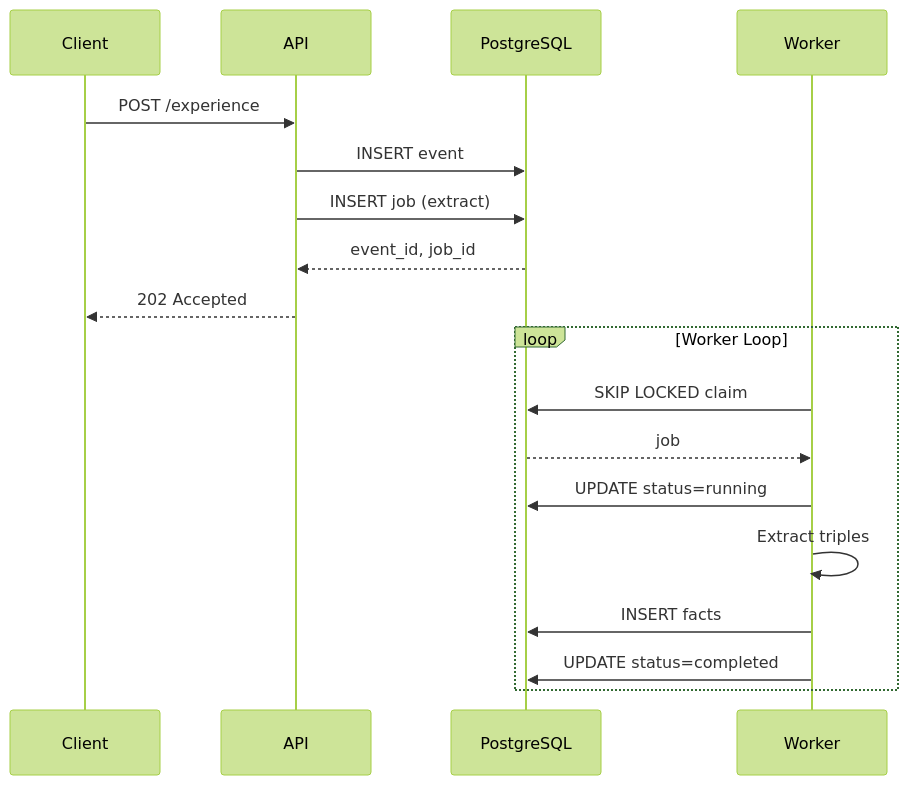
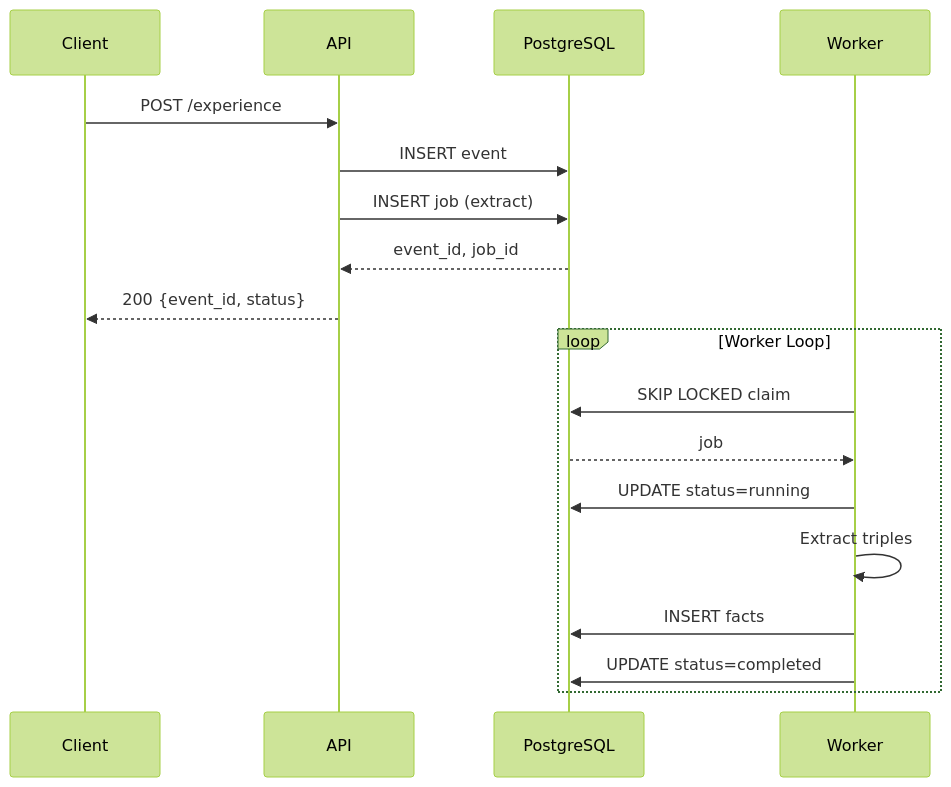
Before and after one commit to pty819/cortex-py-book: the fourth of 4 diagrams in source/chapters/03-wal-and-events.md, drawn with Mermaid (forest theme). The commit also changed other lines of this file and 8 other files, not shown here.

````diff
--- a/source/chapters/03-wal-and-events.md
+++ b/source/chapters/03-wal-and-events.md
@@ -252,22 +252,22 @@
 ```{mermaid}
 sequenceDiagram
     participant C as Client
     participant API as API
     participant DB as PostgreSQL
     participant W as Worker
     
     C->>API: POST /experience
     API->>DB: INSERT event
     API->>DB: INSERT job (extract)
     DB-->>API: event_id, job_id
-    API-->>C: 202 Accepted
+    API-->>C: 200 {event_id, status}
     
     loop Worker Loop
         W->>DB: SKIP LOCKED claim
         DB-->>W: job
         W->>DB: UPDATE status=running
         W->>W: Extract triples
         W->>DB: INSERT facts
         W->>DB: UPDATE status=completed
     end
 ```
````
